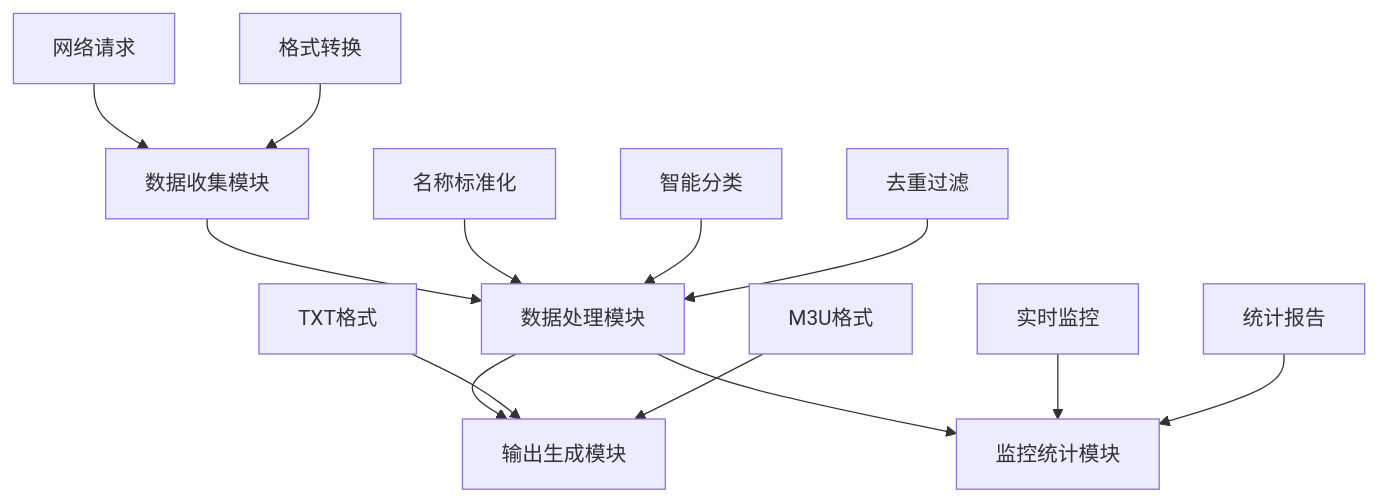
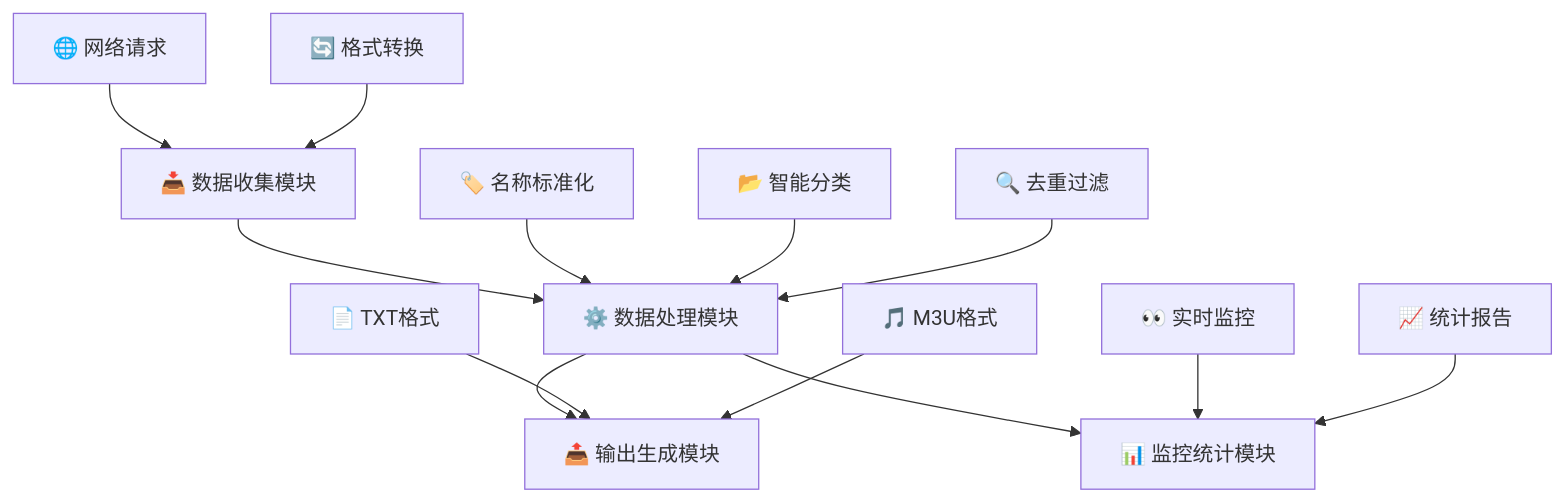
Before and after one commit to xiaoran29/update: the diagram in scripts/livesource1/README.md, drawn with Mermaid. The commit also changed other lines of this file and 477 other files, not shown here.

````diff
--- a/scripts/livesource1/README.md
+++ b/scripts/livesource1/README.md
@@ -20,19 +16,19 @@
 ```mermaid
 graph TB
-    A[数据收集模块] --> B[数据处理模块]
-    B --> C[输出生成模块]
-    B --> D[监控统计模块]
+    A[📥 数据收集模块] --> B[⚙️ 数据处理模块]
+    B --> C[📤 输出生成模块]
+    B --> D[📊 监控统计模块]
     
-    A1[网络请求] --> A
-    A2[格式转换] --> A
+    A1[🌐 网络请求] --> A
+    A2[🔄 格式转换] --> A
     
-    B1[名称标准化] --> B
-    B2[智能分类] --> B
-    B3[去重过滤] --> B
+    B1[🏷️ 名称标准化] --> B
+    B2[📂 智能分类] --> B
+    B3[🔍 去重过滤] --> B
     
-    C1[TXT格式] --> C
-    C2[M3U格式] --> C
+    C1[📄 TXT格式] --> C
+    C2[🎵 M3U格式] --> C
     
-    D1[实时监控] --> D
-    D2[统计报告] --> D
+    D1[👀 实时监控] --> D
+    D2[📈 统计报告] --> D
 ```
````
